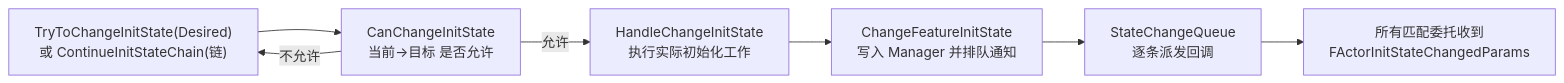
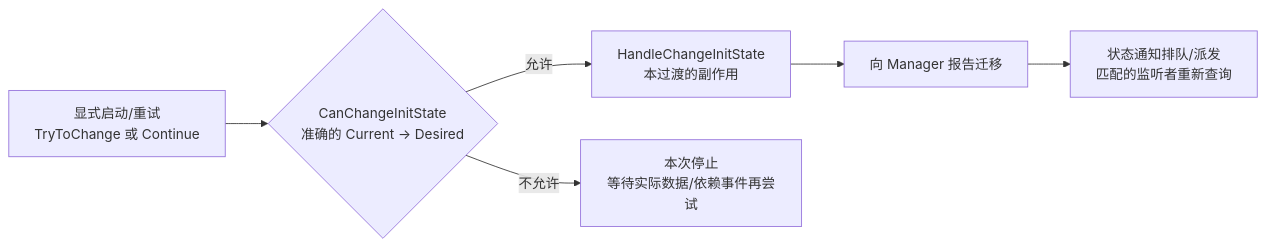
The fifth of 5 diagrams in 知识/05-Gameplay与交互系统/玩法架构与任务协作/08-ModularGameplay模块化玩法.md (fantuan812/learning), drawn with Mermaid before and after one commit. The commit also changed other lines of this file and 2 other files, not shown here.

````diff
--- a/知识/05-Gameplay与交互系统/玩法架构与任务协作/08-ModularGameplay模块化玩法.md
+++ b/知识/05-Gameplay与交互系统/玩法架构与任务协作/08-ModularGameplay模块化玩法.md
@@ -151,16 +162,8 @@
 ```mermaid
 flowchart LR
-    A["TryToChangeInitState(Desired)<br/>或 ContinueInitStateChain(链)"]
-    B["CanChangeInitState<br/>当前→目标 是否允许"]
-    C["HandleChangeInitState<br/>执行实际初始化工作"]
-    D["ChangeFeatureInitState<br/>写入 Manager 并排队通知"]
-    E["StateChangeQueue<br/>逐条派发回调"]
-    F["所有匹配委托收到<br/>FActorInitStateChangedParams"]
-
-    A --> B
-    B -- 允许 --> C
-    C --> D
-    D --> E
-    E --> F
-    B -- 不允许 --> A
+    A["显式启动/重试<br/>TryToChange 或 Continue"] --> B{"CanChangeInitState<br/>准确的 Current → Desired"}
+    B -- 允许 --> C["HandleChangeInitState<br/>本过渡的副作用"]
+    C --> D["向 Manager 报告迁移"]
+    D --> E["状态通知排队/派发<br/>匹配的监听者重新查询"]
+    B -- 不允许 --> W["本次停止<br/>等待实际数据/依赖事件再尝试"]
 ```
````
